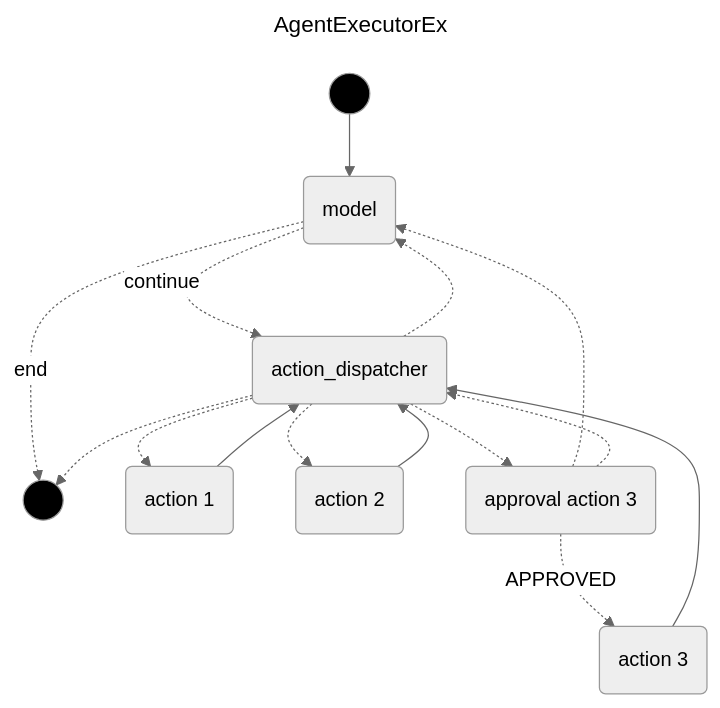
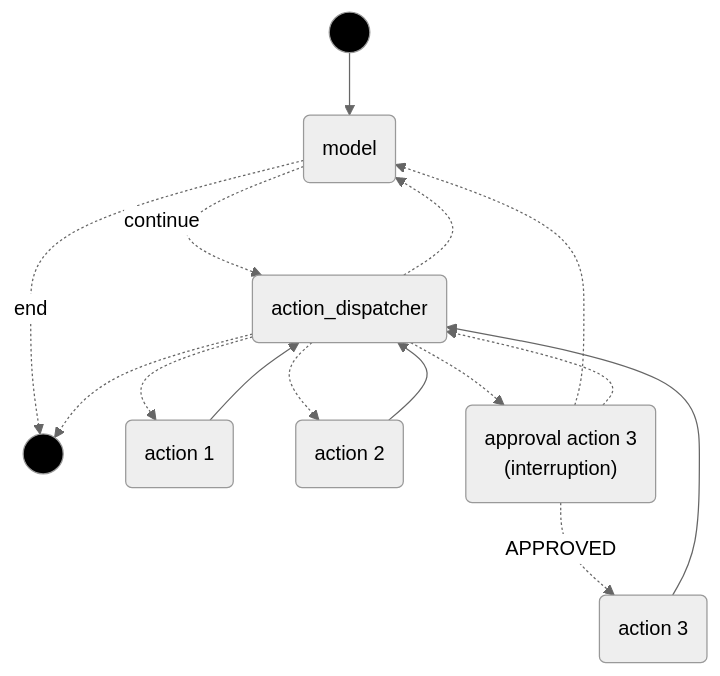
One commit to langgraph4j/langgraph4j changed the second of 2 diagrams in spring-ai/spring-ai-agent/README.md. Above: the diagram before and after it, drawn with Mermaid (neutral theme). The commit also changed other lines of this file and 11 other files, not shown here.

````diff
--- a/spring-ai/spring-ai-agent/README.md
+++ b/spring-ai/spring-ai-agent/README.md
@@ -38,46 +38,43 @@
 ```mermaid
----
-title: AgentExecutorEx
----
 flowchart TD
 	__START__((start)):::__START__
 	__END__((stop)):::__END__
 	model("model")
 	action_dispatcher("action_dispatcher")
 	action1("action 1")
 	action2("action 2")
-	approval_action3("approval action 3")
+	approval_action3("approval action 3 <br>(interruption)")
 	action3("action 3")
 
 	%%	condition1{"check state"}
 	%%	condition2{"check state"}
 	__START__:::__START__ --> model:::model
 	%%	model:::model -.-> condition1:::condition1
 	%%	condition1:::condition1 -.->|continue| action_dispatcher:::action_dispatcher
 	model:::model -.->|continue| action_dispatcher:::action_dispatcher
 	%%	condition1:::condition1 -.->|end| __END_:::__END_
 	model:::model -.->|end| __END__:::__END__
 	action1:::action1 --> action_dispatcher:::action_dispatcher
 	action2:::action2 --> action_dispatcher:::action_dispatcher
 	%%	action_dispatcher:::action_dispatcher -.-> condition2:::condition2
 	%%	condition2:::condition2 -.-> model:::model
 	action_dispatcher:::action_dispatcher -.-> model:::model
 	%%	condition2:::condition2 -.-> __END_:::__END_
 	action_dispatcher:::action_dispatcher -.-> __END__:::__END__
 	%%	condition2:::condition2 -.-> action1:::action1
 	action_dispatcher:::action_dispatcher -.-> action1:::action1
 	%%	condition2:::condition2 -.-> action2:::action2
 	action_dispatcher:::action_dispatcher -.-> action2:::action2
 	%%	condition1{"check state"}
 	%%	condition2{"check state"}
 
         action3:::action3 --> action_dispatcher:::action_dispatcher
 	approval_action3:::approval_action3 -.-> model:::model
 	approval_action3:::approval_action3 -.-> action_dispatcher:::action_dispatcher
 	approval_action3:::approval_action3 -.->|APPROVED| action3:::action3
 	action_dispatcher:::action_dispatcher -.-> approval_action3:::approval_action3
 
 
 	classDef __START__ fill:black,stroke-width:1px,font-size:xx-small;
 	classDef __END__ fill:black,stroke-width:1px,font-size:xx-small;
 ```
````
